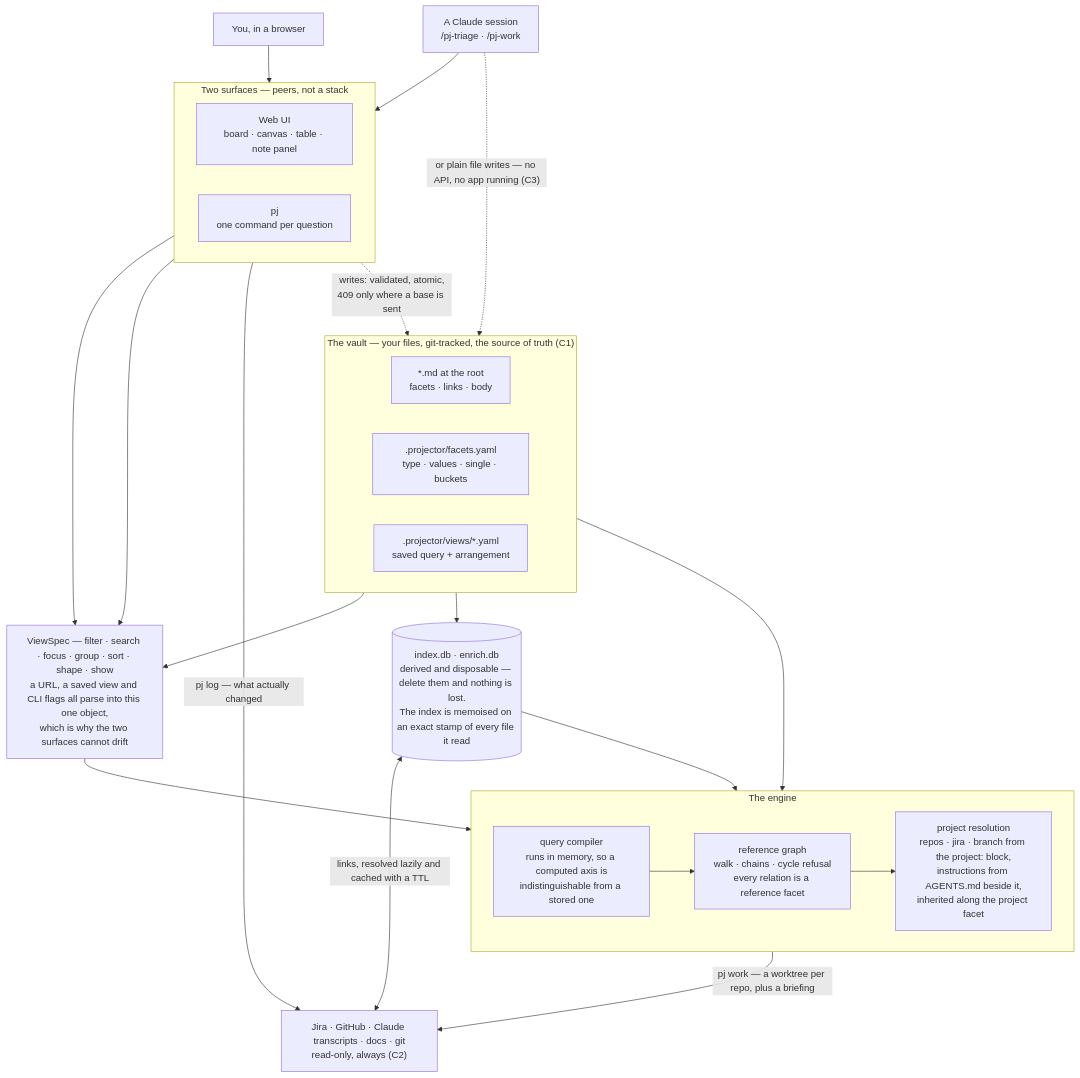
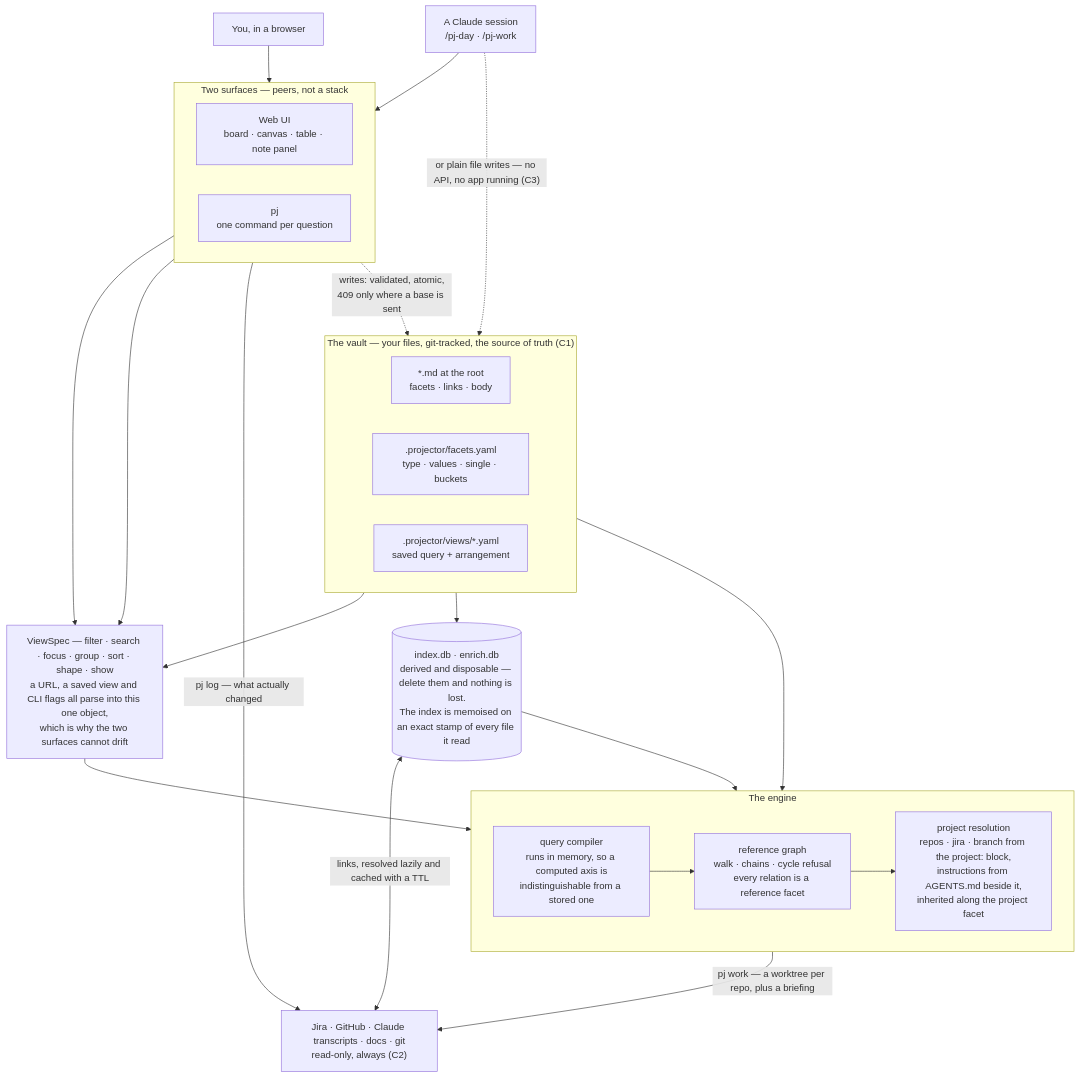
Before and after one commit to kramar42/projector: the diagram in docs/ARCHITECTURE.md, drawn with Mermaid. The commit also changed other lines of this file and 16 other files, not shown here.

First line of the commit message:
feat(skills): pj-triage retires; pj work briefs from memory/AGENTS.md

````diff
--- a/docs/ARCHITECTURE.md
+++ b/docs/ARCHITECTURE.md
@@ -28,50 +28,50 @@
 ```mermaid
 flowchart TB
   subgraph vault["The vault — your files, git-tracked, the source of truth (C1)"]
     direction LR
     notes["*.md at the root<br/>facets · links · body"]
     fac[".projector/facets.yaml<br/>type · values · single · buckets"]
     vw[".projector/views/*.yaml<br/>saved query + arrangement"]
   end
 
   you["You, in a browser"]
-  agent["A Claude session<br/>/pj-triage · /pj-work"]
+  agent["A Claude session<br/>/pj-day · /pj-work"]
 
   subgraph surfaces["Two surfaces — peers, not a stack"]
     direction LR
     ui["Web UI<br/>board · canvas · table · note panel"]
     pj["pj<br/>one command per question"]
   end
 
   idx[("index.db · enrich.db<br/>derived and disposable — delete them and nothing is lost.<br/>The index is memoised on an exact stamp of every file it read")]
 
   spec["ViewSpec — filter · search · focus · group · sort · shape · show<br/>a URL, a saved view and CLI flags all parse into this one object,<br/>which is why the two surfaces cannot drift"]
 
   subgraph engine["The engine"]
     direction LR
     q["query compiler<br/>runs in memory, so a computed axis is<br/>indistinguishable from a stored one"]
     refs["reference graph<br/>walk · chains · cycle refusal<br/>every relation is a reference facet"]
     proj["project resolution<br/>repos · jira · branch from the project: block,<br/>instructions from AGENTS.md beside it,<br/>inherited along the project facet"]
   end
 
   outside["Jira · GitHub · Claude transcripts · docs · git<br/>read-only, always (C2)"]
 
   you --> ui
   agent --> pj
   vault --> idx
   vw --> spec
   ui --> spec
   pj --> spec
   fac --> q
   spec --> q
   idx --> q
   q --> refs
   refs --> proj
 
   surfaces -.->|"writes: validated, atomic,<br/>409 only where a base is sent"| notes
   agent -.->|"or plain file writes — no API, no app running (C3)"| notes
 
   idx <-->|"links, resolved lazily and cached with a TTL"| outside
   proj -->|"pj work — a worktree per repo, plus a briefing"| outside
   pj -->|"pj log — what actually changed"| outside
 ```
````
